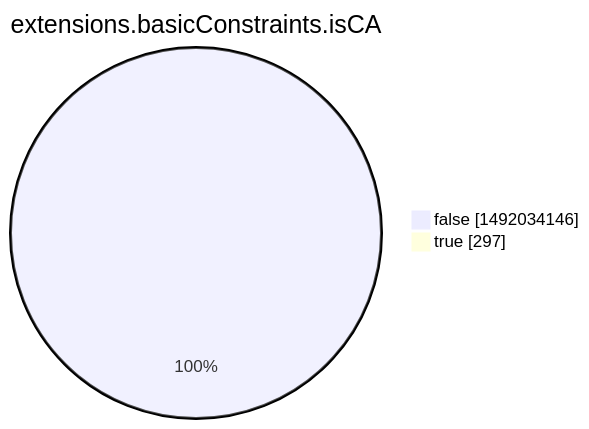
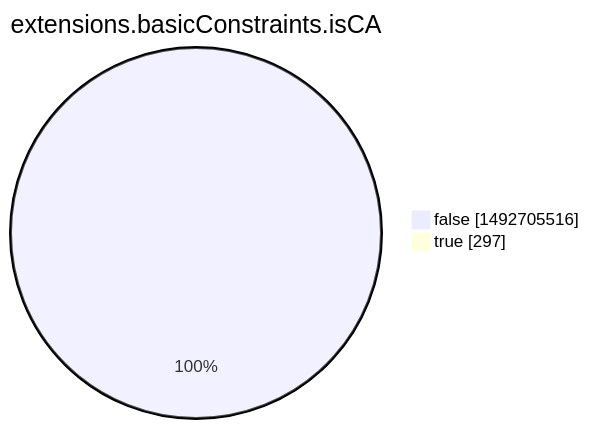
The eighth of 15 diagrams in argon2022/README.md (christiankrug/ctmonitor_visualization), drawn with Mermaid before and after one commit. The commit also changed other lines of this file, not shown here.

````diff
--- a/argon2022/README.md
+++ b/argon2022/README.md
@@ -2760,6 +2760,6 @@
 ```mermaid
 pie showData
 title extensions.basicConstraints.isCA
-"false" :1492034146
+"false" :1492705516
 "true" :297
 ```
````
